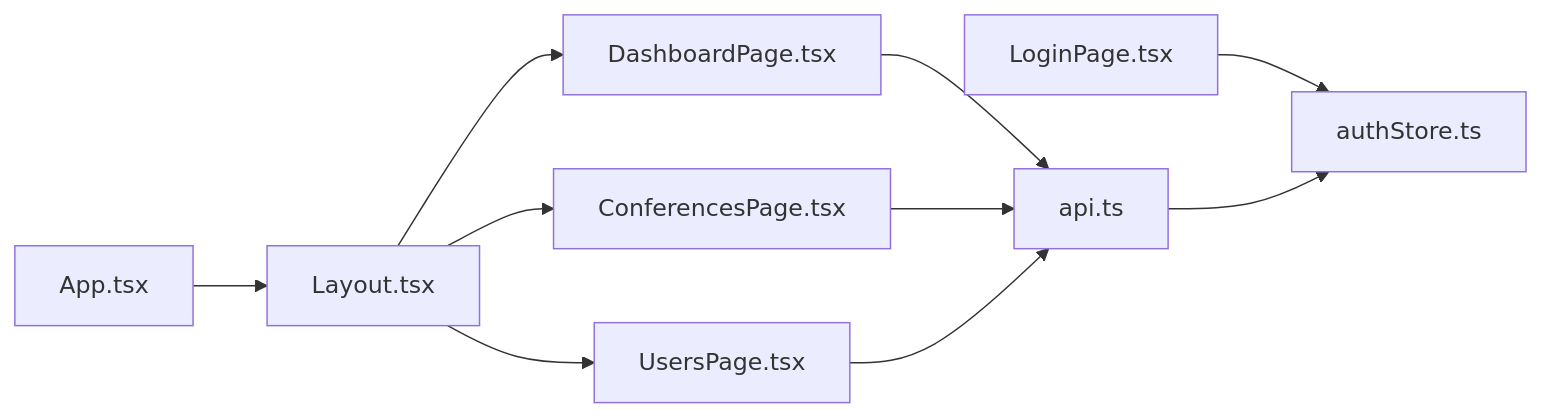
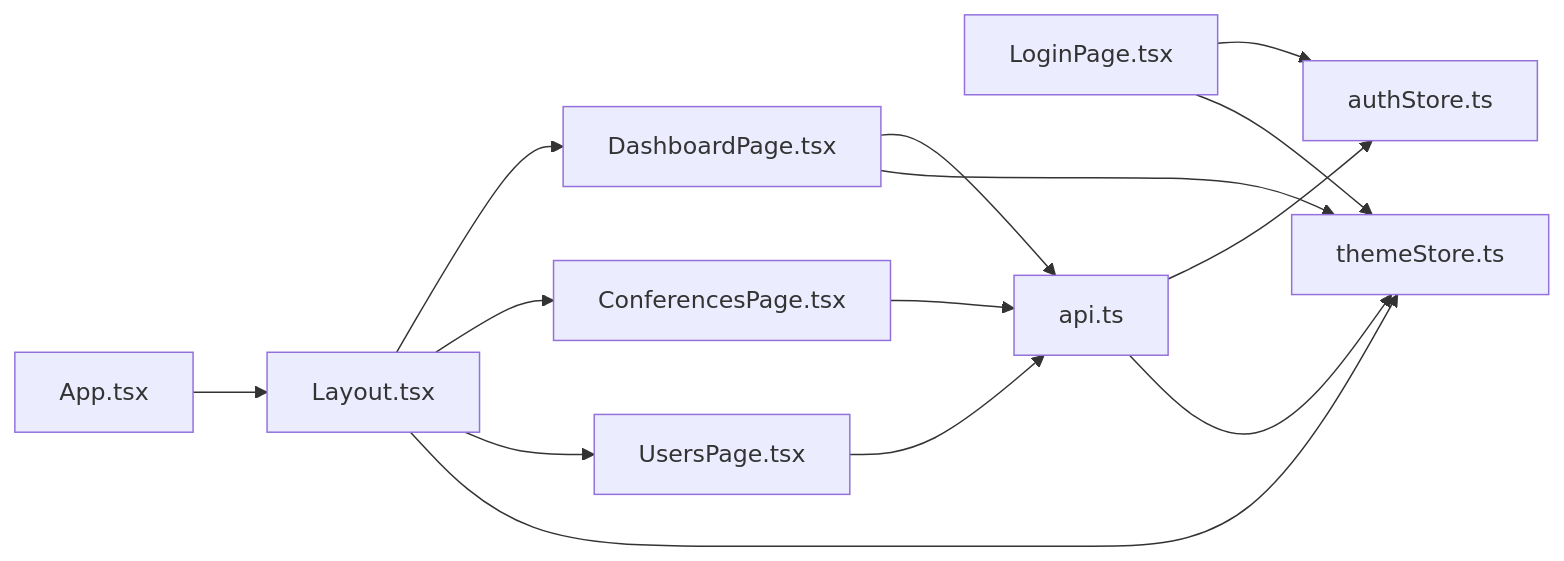
The third of 3 diagrams in .qoder/repowiki/en/content/Frontend Application/Pages and Components.md (Vostrikov2014/vks-qoder), drawn with Mermaid before and after one commit. The commit also changed other lines of this file and 5 other files, not shown here.

````diff
--- a/.qoder/repowiki/en/content/Frontend Application/Pages and Components.md
+++ b/.qoder/repowiki/en/content/Frontend Application/Pages and Components.md
@@ -377,12 +448,16 @@
 ```mermaid
 graph LR
 App["App.tsx"] --> Layout["Layout.tsx"]
 Layout --> Dashboard["DashboardPage.tsx"]
 Layout --> Conferences["ConferencesPage.tsx"]
 Layout --> Users["UsersPage.tsx"]
 LoginPage["LoginPage.tsx"] --> AuthStore["authStore.ts"]
+LoginPage --> ThemeStore["themeStore.ts"]
 Dashboard --> API["api.ts"]
 Conferences --> API
 Users --> API
+Dashboard --> ThemeStore
+Layout --> ThemeStore
 API --> AuthStore
+API --> ThemeStore
 ```
````
